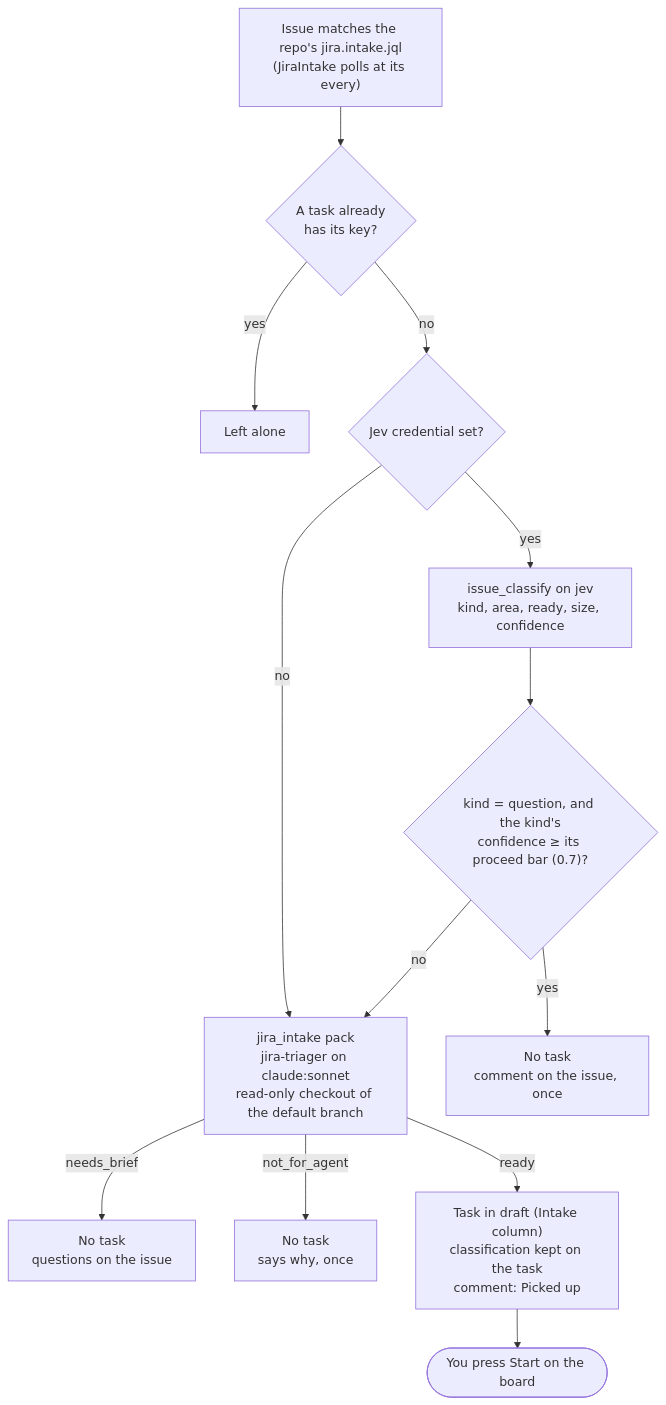
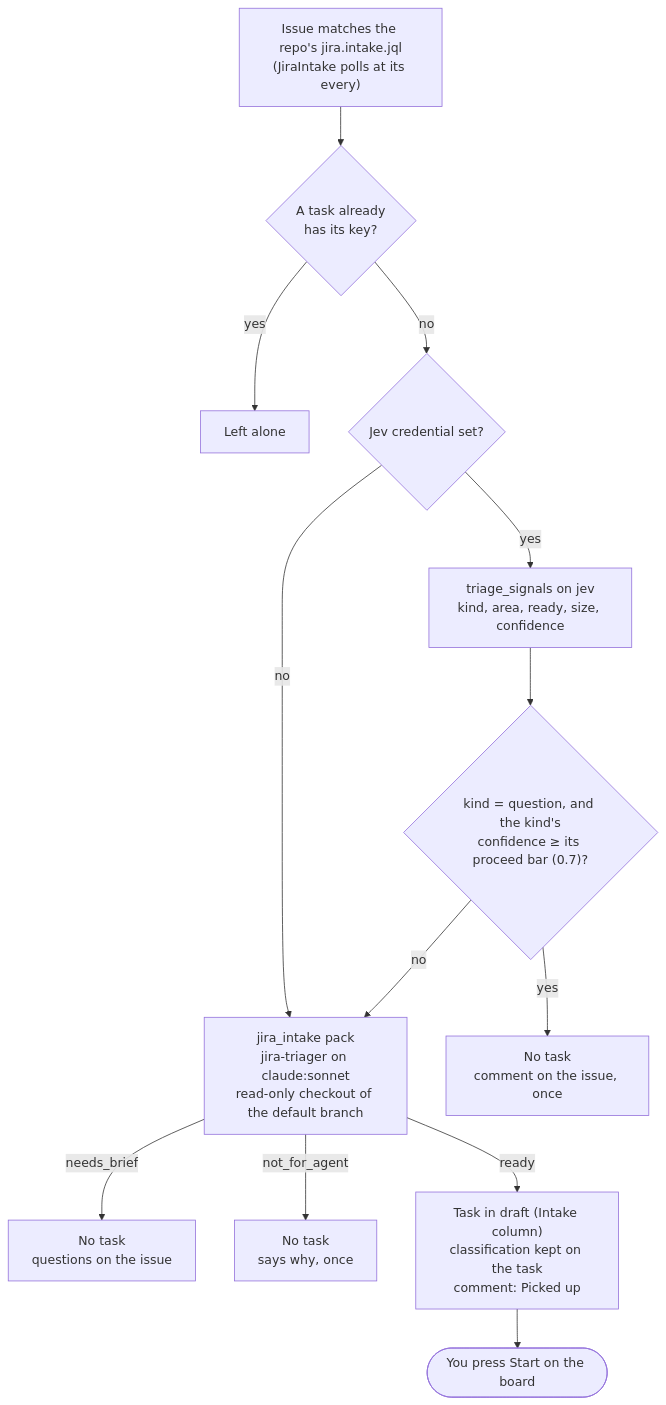
The first of 3 diagrams in docs/architecture.md (HigorAlves/luna-tui), drawn with Mermaid before and after one commit. The commit also changed other lines of this file and 51 other files, not shown here.

Commit message:
feat(contracts): triage_signals replaces issue_classify and adds urgency, risk and an archive suggestion

````diff
--- a/docs/architecture.md
+++ b/docs/architecture.md
@@ -81,15 +81,15 @@
 ```mermaid
 flowchart TD
   jql["Issue matches the repo's jira.intake.jql<br/>(JiraIntake polls at its every)"] --> known{"A task already<br/>has its key?"}
   known -- yes --> skip["Left alone"]
   known -- no --> jev{"Jev credential set?"}
-  jev -- yes --> classify["issue_classify on jev<br/>kind, area, ready, size, confidence"]
+  jev -- yes --> classify["triage_signals on jev<br/>kind, area, ready, size, confidence"]
   jev -- no --> intake
   classify --> question{"kind = question, and the kind's<br/>confidence ≥ its proceed bar (0.7)?"}
   question -- yes --> declined["No task<br/>comment on the issue, once"]
   question -- no --> intake["jira_intake pack<br/>jira-triager on claude:sonnet<br/>read-only checkout of the default branch"]
   intake -- needs_brief --> brief["No task<br/>questions on the issue"]
   intake -- not_for_agent --> nfa["No task<br/>says why, once"]
   intake -- ready --> task["Task in draft (Intake column)<br/>classification kept on the task<br/>comment: Picked up"]
   task --> start(["You press Start on the board"])
 ```
````
